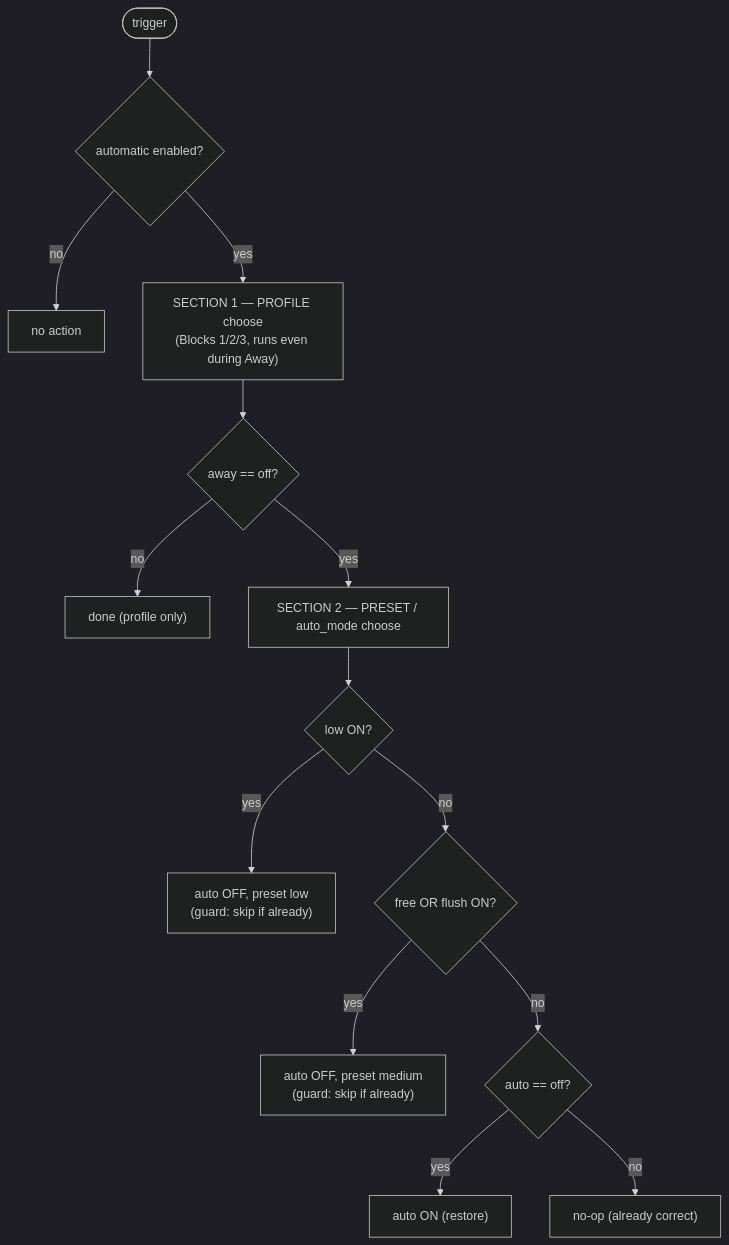
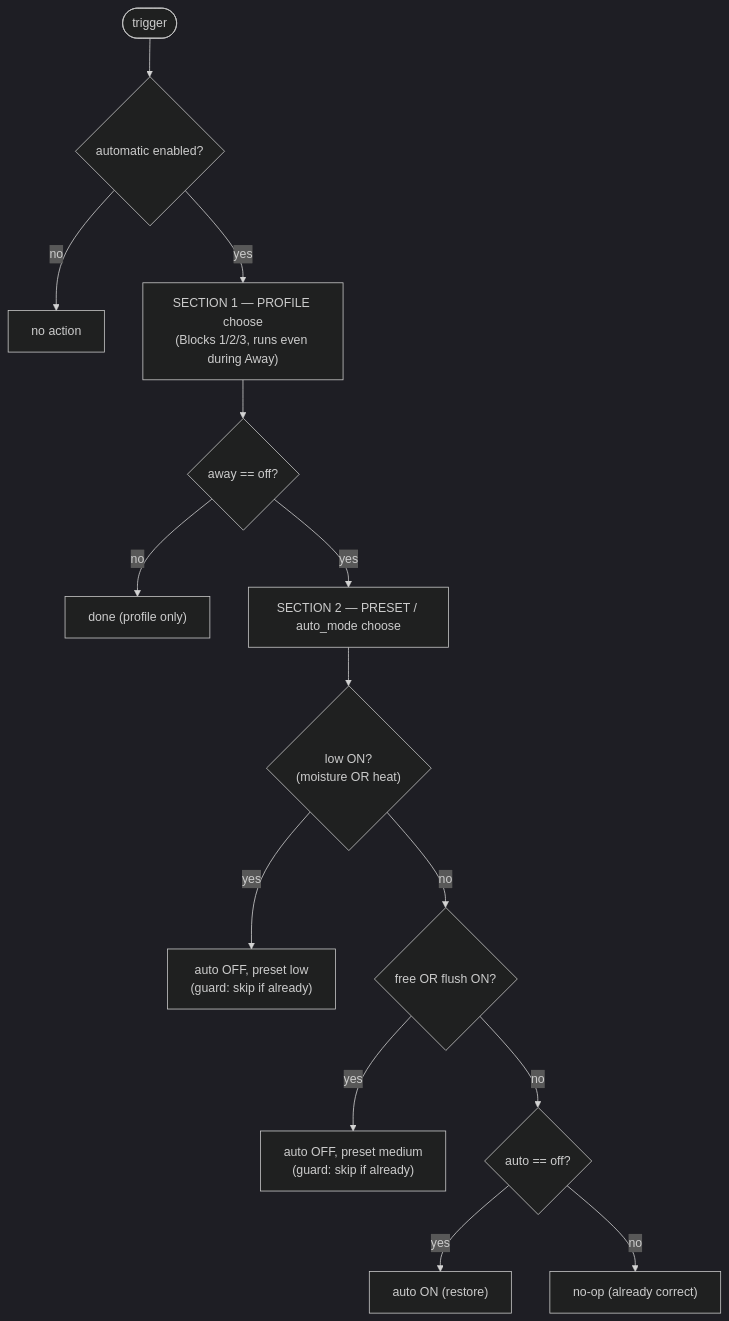
One commit to mikopp/homeassistent-config changed the sixth of 8 diagrams in plans/airflow-cooling-architecture.md. Above: the diagram before and after it, drawn with Mermaid (dark theme). The commit also changed other lines of this file and 4 other files, not shown here.

````diff
--- a/plans/airflow-cooling-architecture.md
+++ b/plans/airflow-cooling-architecture.md
@@ -323,16 +357,16 @@
 ```mermaid
 flowchart TD
     T(["trigger"]) --> AUTO{"automatic enabled?"}
     AUTO -- no --> NOOP["no action"]
     AUTO -- yes --> S1["SECTION 1 — PROFILE choose<br/>(Blocks 1/2/3, runs even during Away)"]
     S1 --> AWAY{"away == off?"}
     AWAY -- no --> END["done (profile only)"]
     AWAY -- yes --> S2["SECTION 2 — PRESET / auto_mode choose"]
-    S2 --> LO{"low ON?"}
+    S2 --> LO{"low ON?<br/>(moisture OR heat)"}
     LO -- yes --> SL["auto OFF, preset low<br/>(guard: skip if already)"]
     LO -- no --> FF{"free OR flush ON?"}
     FF -- yes --> SM["auto OFF, preset medium<br/>(guard: skip if already)"]
     FF -- no --> RST{"auto == off?"}
     RST -- yes --> RA["auto ON (restore)"]
     RST -- no --> NO2["no-op (already correct)"]
 ```
````
